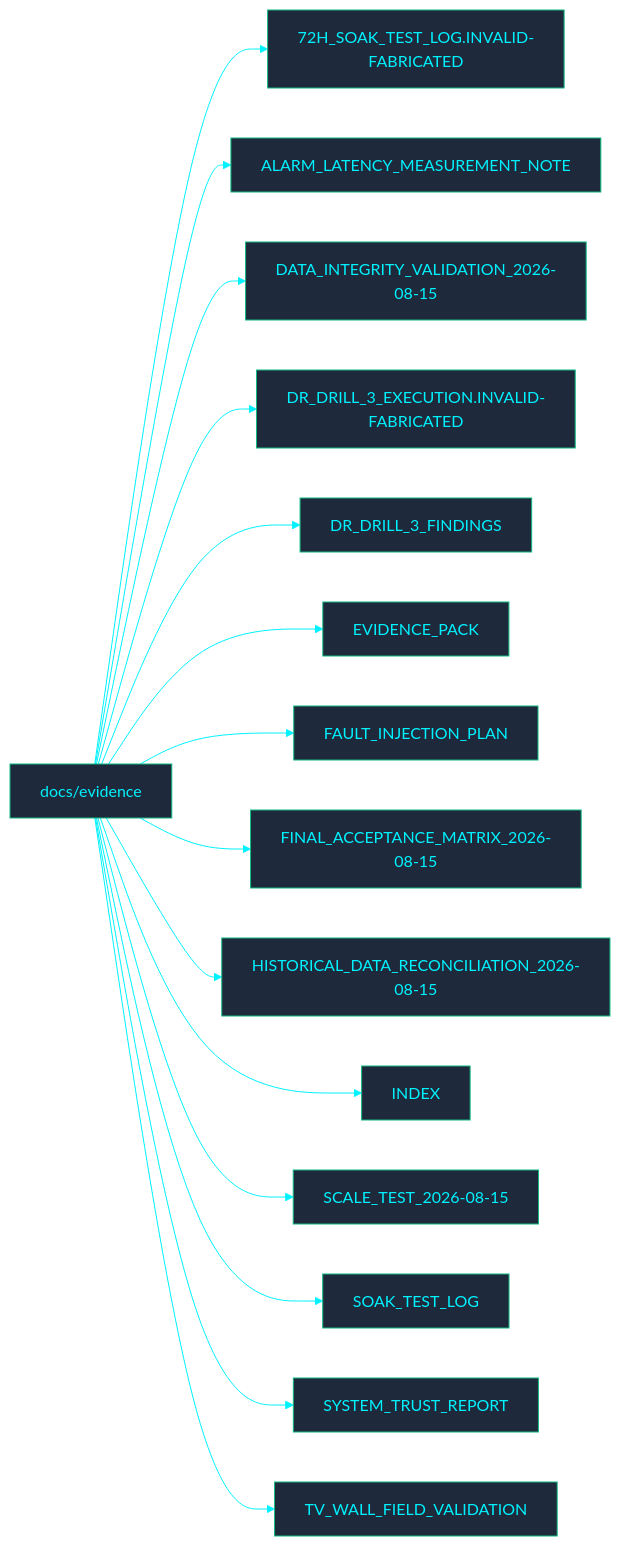
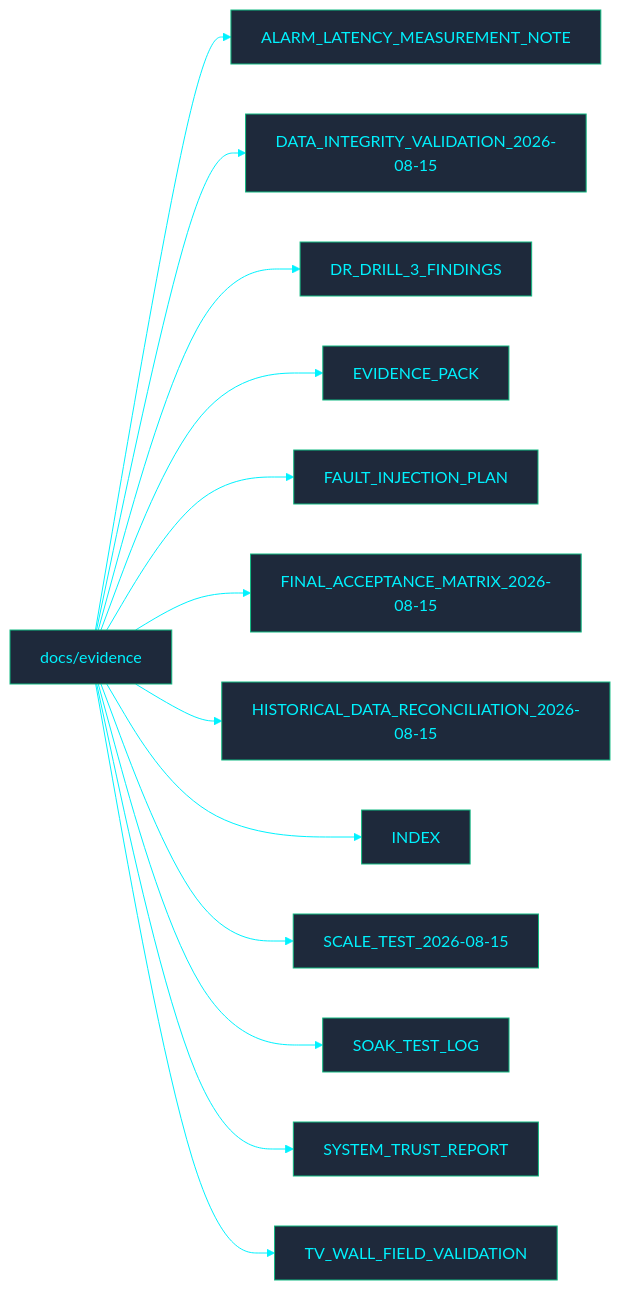
One commit to PATTANAKORN025/IMS changed the diagram in docs/evidence/README.md. Above: the diagram before and after it, drawn with Mermaid. The commit also changed other lines of this file and 40 other files, not shown here.

````diff
--- a/docs/evidence/README.md
+++ b/docs/evidence/README.md
@@ -7,19 +7,17 @@
 ```mermaid
 %%{init: {'theme': 'base', 'themeVariables': { 'primaryColor': '#1e293b', 'primaryTextColor': '#00F2FE', 'primaryBorderColor': '#10B981', 'lineColor': '#00F2FE', 'secondaryColor': '#0f172a', 'tertiaryColor': '#0f172a', 'clusterBkg': '#030407', 'clusterBorder': '#00F2FE'}}}%%
 flowchart LR
   ROOT["docs/evidence"]
-  ROOT --> F0["72H_SOAK_TEST_LOG.INVALID-FABRICATED"]
-  ROOT --> F1["ALARM_LATENCY_MEASUREMENT_NOTE"]
-  ROOT --> F2["DATA_INTEGRITY_VALIDATION_2026-08-15"]
-  ROOT --> F3["DR_DRILL_3_EXECUTION.INVALID-FABRICATED"]
-  ROOT --> F4["DR_DRILL_3_FINDINGS"]
-  ROOT --> F5["EVIDENCE_PACK"]
-  ROOT --> F6["FAULT_INJECTION_PLAN"]
-  ROOT --> F7["FINAL_ACCEPTANCE_MATRIX_2026-08-15"]
-  ROOT --> F8["HISTORICAL_DATA_RECONCILIATION_2026-08-15"]
-  ROOT --> F9["INDEX"]
-  ROOT --> F10["SCALE_TEST_2026-08-15"]
-  ROOT --> F11["SOAK_TEST_LOG"]
-  ROOT --> F12["SYSTEM_TRUST_REPORT"]
-  ROOT --> F13["TV_WALL_FIELD_VALIDATION"]
+  ROOT --> F0["ALARM_LATENCY_MEASUREMENT_NOTE"]
+  ROOT --> F1["DATA_INTEGRITY_VALIDATION_2026-08-15"]
+  ROOT --> F2["DR_DRILL_3_FINDINGS"]
+  ROOT --> F3["EVIDENCE_PACK"]
+  ROOT --> F4["FAULT_INJECTION_PLAN"]
+  ROOT --> F5["FINAL_ACCEPTANCE_MATRIX_2026-08-15"]
+  ROOT --> F6["HISTORICAL_DATA_RECONCILIATION_2026-08-15"]
+  ROOT --> F7["INDEX"]
+  ROOT --> F8["SCALE_TEST_2026-08-15"]
+  ROOT --> F9["SOAK_TEST_LOG"]
+  ROOT --> F10["SYSTEM_TRUST_REPORT"]
+  ROOT --> F11["TV_WALL_FIELD_VALIDATION"]
 ```
````
